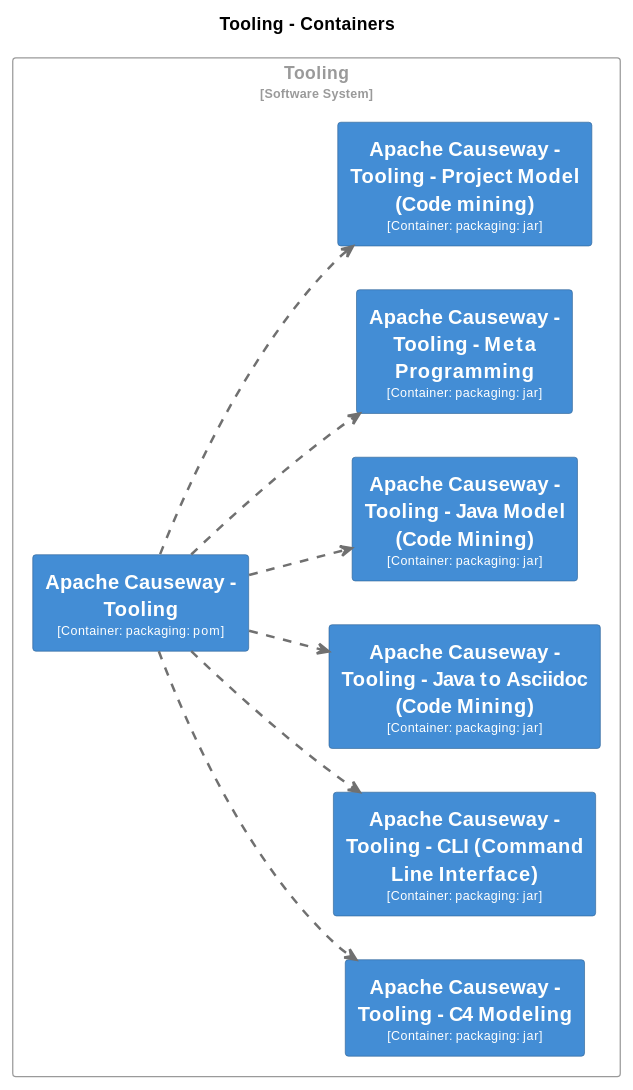
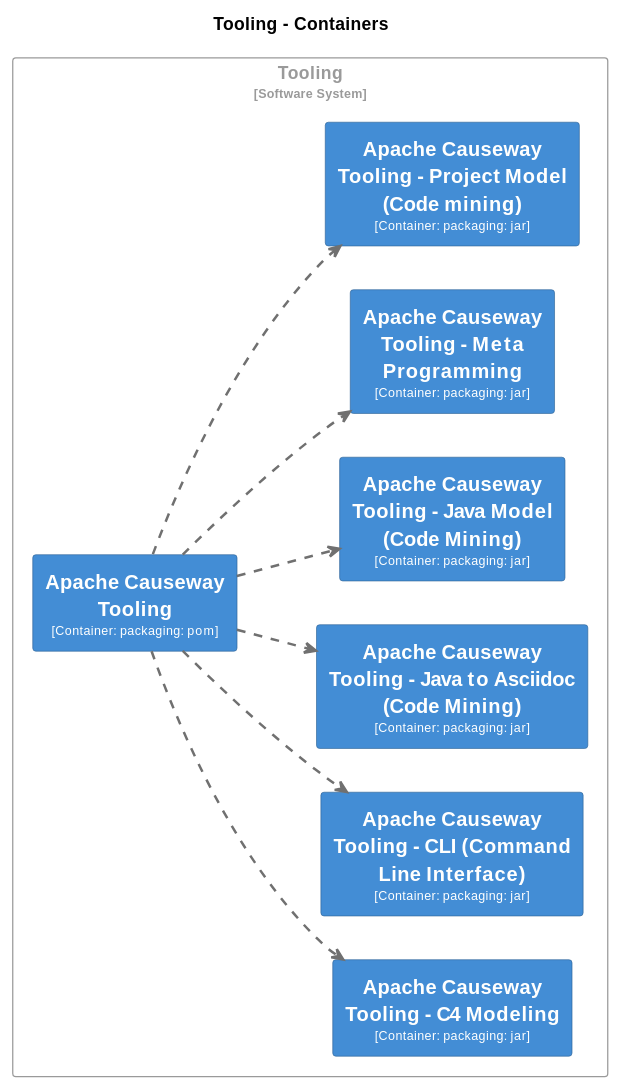
Before and after one commit to apache/causeway: diagram 31 of 34 in core/adoc/modules/_overview/pages/about.adoc, drawn with PlantUML. The commit also changed other lines of this file and 8 other files, not shown here.

```diff
--- a/core/adoc/modules/_overview/pages/about.adoc
+++ b/core/adoc/modules/_overview/pages/about.adoc
@@ -6275,83 +6313,83 @@
 [plantuml,Tooling,svg]
 ----
 @startuml
 set separator none
 title Tooling - Containers
 
 left to right direction
 
 skinparam {
   arrowFontSize 10
   defaultTextAlignment center
   wrapWidth 200
   maxMessageSize 100
 }
 
 hide stereotype
 
 skinparam rectangle<<Tooling.ApacheCausewayTooling>> {
   BackgroundColor #438dd5
   FontColor #fffffe
   BorderColor #2e6295
   shadowing false
 }
 skinparam rectangle<<Tooling.ApacheCausewayToolingC4Modeling>> {
   BackgroundColor #438dd5
   FontColor #fffffe
   BorderColor #2e6295
   shadowing false
 }
 skinparam rectangle<<Tooling.ApacheCausewayToolingCLICommandLineInterface>> {
   BackgroundColor #438dd5
   FontColor #fffffe
   BorderColor #2e6295
   shadowing false
 }
 skinparam rectangle<<Tooling.ApacheCausewayToolingJavaModelCodeMining>> {
   BackgroundColor #438dd5
   FontColor #fffffe
   BorderColor #2e6295
   shadowing false
 }
 skinparam rectangle<<Tooling.ApacheCausewayToolingJavatoAsciidocCodeMining>> {
   BackgroundColor #438dd5
   FontColor #fffffe
   BorderColor #2e6295
   shadowing false
 }
 skinparam rectangle<<Tooling.ApacheCausewayToolingMetaProgramming>> {
   BackgroundColor #438dd5
   FontColor #fffffe
   BorderColor #2e6295
   shadowing false
 }
 skinparam rectangle<<Tooling.ApacheCausewayToolingProjectModelCodemining>> {
   BackgroundColor #438dd5
   FontColor #fffffe
   BorderColor #2e6295
   shadowing false
 }
 skinparam rectangle<<Tooling>> {
   BorderColor #9a9a9a
   FontColor #9a9a9a
   shadowing false
 }
 
 rectangle "Tooling\n<size:10>[Software System]</size>" <<Tooling>> {
-  rectangle "==Apache Causeway - Tooling\n<size:10>[Container: packaging: pom]</size>" <<Tooling.ApacheCausewayTooling>> as Tooling.ApacheCausewayTooling
-  rectangle "==Apache Causeway - Tooling - C4 Modeling\n<size:10>[Container: packaging: jar]</size>" <<Tooling.ApacheCausewayToolingC4Modeling>> as Tooling.ApacheCausewayToolingC4Modeling
-  rectangle "==Apache Causeway - Tooling - CLI (Command Line Interface)\n<size:10>[Container: packaging: jar]</size>" <<Tooling.ApacheCausewayToolingCLICommandLineInterface>> as Tooling.ApacheCausewayToolingCLICommandLineInterface
-  rectangle "==Apache Causeway - Tooling - Java to Asciidoc (Code Mining)\n<size:10>[Container: packaging: jar]</size>" <<Tooling.ApacheCausewayToolingJavatoAsciidocCodeMining>> as Tooling.ApacheCausewayToolingJavatoAsciidocCodeMining
-  rectangle "==Apache Causeway - Tooling - Java Model (Code Mining)\n<size:10>[Container: packaging: jar]</size>" <<Tooling.ApacheCausewayToolingJavaModelCodeMining>> as Tooling.ApacheCausewayToolingJavaModelCodeMining
-  rectangle "==Apache Causeway - Tooling - Meta Programming\n<size:10>[Container: packaging: jar]</size>" <<Tooling.ApacheCausewayToolingMetaProgramming>> as Tooling.ApacheCausewayToolingMetaProgramming
-  rectangle "==Apache Causeway - Tooling - Project Model (Code mining)\n<size:10>[Container: packaging: jar]</size>" <<Tooling.ApacheCausewayToolingProjectModelCodemining>> as Tooling.ApacheCausewayToolingProjectModelCodemining
+  rectangle "==Apache Causeway Tooling\n<size:10>[Container: packaging: pom]</size>" <<Tooling.ApacheCausewayTooling>> as Tooling.ApacheCausewayTooling
+  rectangle "==Apache Causeway Tooling - C4 Modeling\n<size:10>[Container: packaging: jar]</size>" <<Tooling.ApacheCausewayToolingC4Modeling>> as Tooling.ApacheCausewayToolingC4Modeling
+  rectangle "==Apache Causeway Tooling - CLI (Command Line Interface)\n<size:10>[Container: packaging: jar]</size>" <<Tooling.ApacheCausewayToolingCLICommandLineInterface>> as Tooling.ApacheCausewayToolingCLICommandLineInterface
+  rectangle "==Apache Causeway Tooling - Java to Asciidoc (Code Mining)\n<size:10>[Container: packaging: jar]</size>" <<Tooling.ApacheCausewayToolingJavatoAsciidocCodeMining>> as Tooling.ApacheCausewayToolingJavatoAsciidocCodeMining
+  rectangle "==Apache Causeway Tooling - Java Model (Code Mining)\n<size:10>[Container: packaging: jar]</size>" <<Tooling.ApacheCausewayToolingJavaModelCodeMining>> as Tooling.ApacheCausewayToolingJavaModelCodeMining
+  rectangle "==Apache Causeway Tooling - Meta Programming\n<size:10>[Container: packaging: jar]</size>" <<Tooling.ApacheCausewayToolingMetaProgramming>> as Tooling.ApacheCausewayToolingMetaProgramming
+  rectangle "==Apache Causeway Tooling - Project Model (Code mining)\n<size:10>[Container: packaging: jar]</size>" <<Tooling.ApacheCausewayToolingProjectModelCodemining>> as Tooling.ApacheCausewayToolingProjectModelCodemining
 }
 
 Tooling.ApacheCausewayTooling .[#707070,thickness=2].> Tooling.ApacheCausewayToolingCLICommandLineInterface : "<color:#707070>"
 Tooling.ApacheCausewayTooling .[#707070,thickness=2].> Tooling.ApacheCausewayToolingJavatoAsciidocCodeMining : "<color:#707070>"
 Tooling.ApacheCausewayTooling .[#707070,thickness=2].> Tooling.ApacheCausewayToolingJavaModelCodeMining : "<color:#707070>"
 Tooling.ApacheCausewayTooling .[#707070,thickness=2].> Tooling.ApacheCausewayToolingMetaProgramming : "<color:#707070>"
 Tooling.ApacheCausewayTooling .[#707070,thickness=2].> Tooling.ApacheCausewayToolingProjectModelCodemining : "<color:#707070>"
 Tooling.ApacheCausewayTooling .[#707070,thickness=2].> Tooling.ApacheCausewayToolingC4Modeling : "<color:#707070>"
 @enduml
 ----
```
